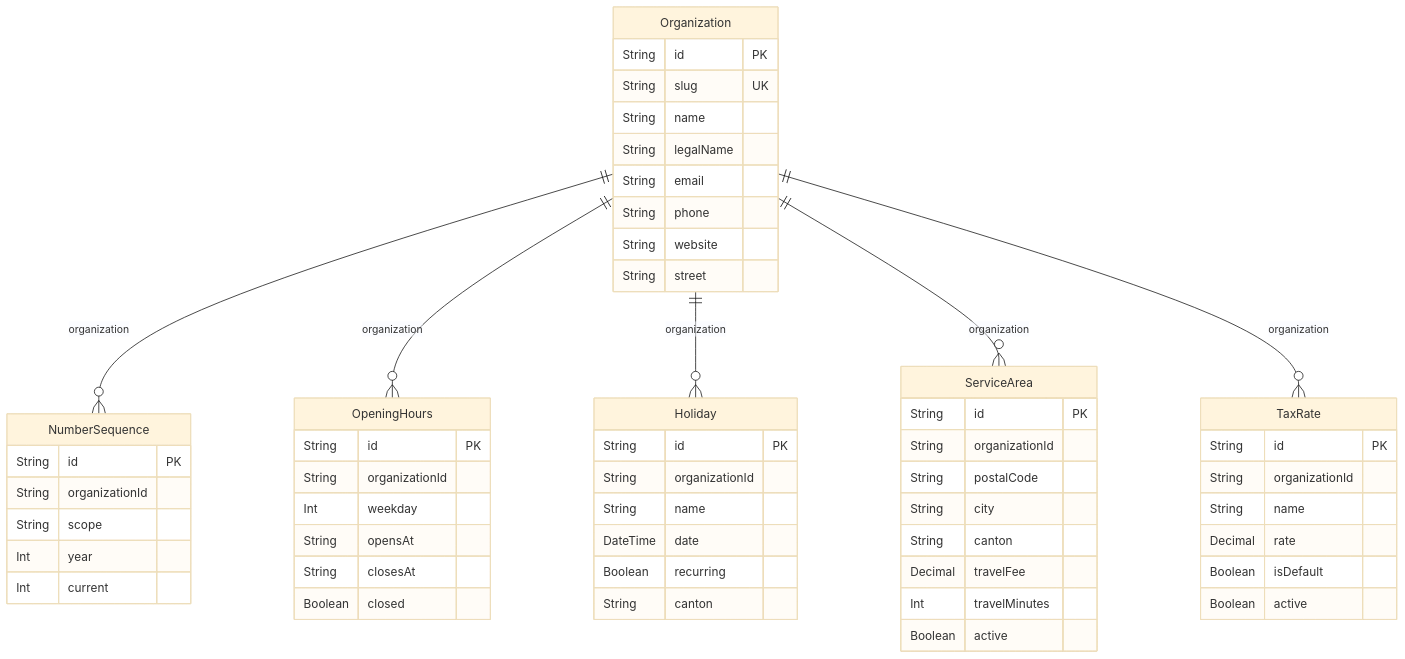
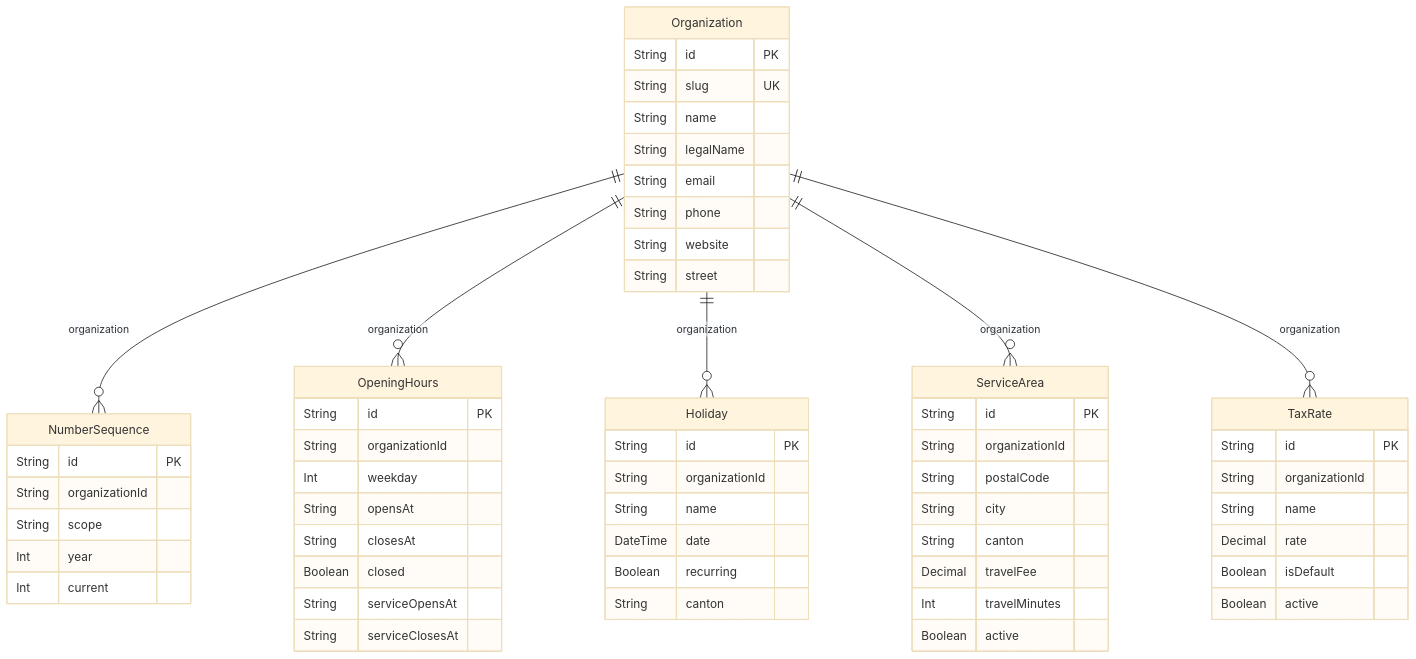
The second of 15 diagrams in docs/DATABASE.md (javadqasemi/Clenaris), drawn with Mermaid (base theme) before and after one commit. The commit also changed other lines of this file and 3 other files, not shown here.

````diff
--- a/docs/DATABASE.md
+++ b/docs/DATABASE.md
@@ -66,59 +67,61 @@
 ```mermaid
 erDiagram
   Organization {
     String id PK
     String slug UK
     String name
     String legalName
     String email
     String phone
     String website
     String street
   }
   NumberSequence {
     String id PK
     String organizationId
     String scope
     Int year
     Int current
   }
   OpeningHours {
     String id PK
     String organizationId
     Int weekday
     String opensAt
     String closesAt
     Boolean closed
+    String serviceOpensAt
+    String serviceClosesAt
   }
   Holiday {
     String id PK
     String organizationId
     String name
     DateTime date
     Boolean recurring
     String canton
   }
   ServiceArea {
     String id PK
     String organizationId
     String postalCode
     String city
     String canton
     Decimal travelFee
     Int travelMinutes
     Boolean active
   }
   TaxRate {
     String id PK
     String organizationId
     String name
     Decimal rate
     Boolean isDefault
     Boolean active
   }
   Organization ||--o{ NumberSequence : "organization"
   Organization ||--o{ OpeningHours : "organization"
   Organization ||--o{ Holiday : "organization"
   Organization ||--o{ ServiceArea : "organization"
   Organization ||--o{ TaxRate : "organization"
 ```
````
